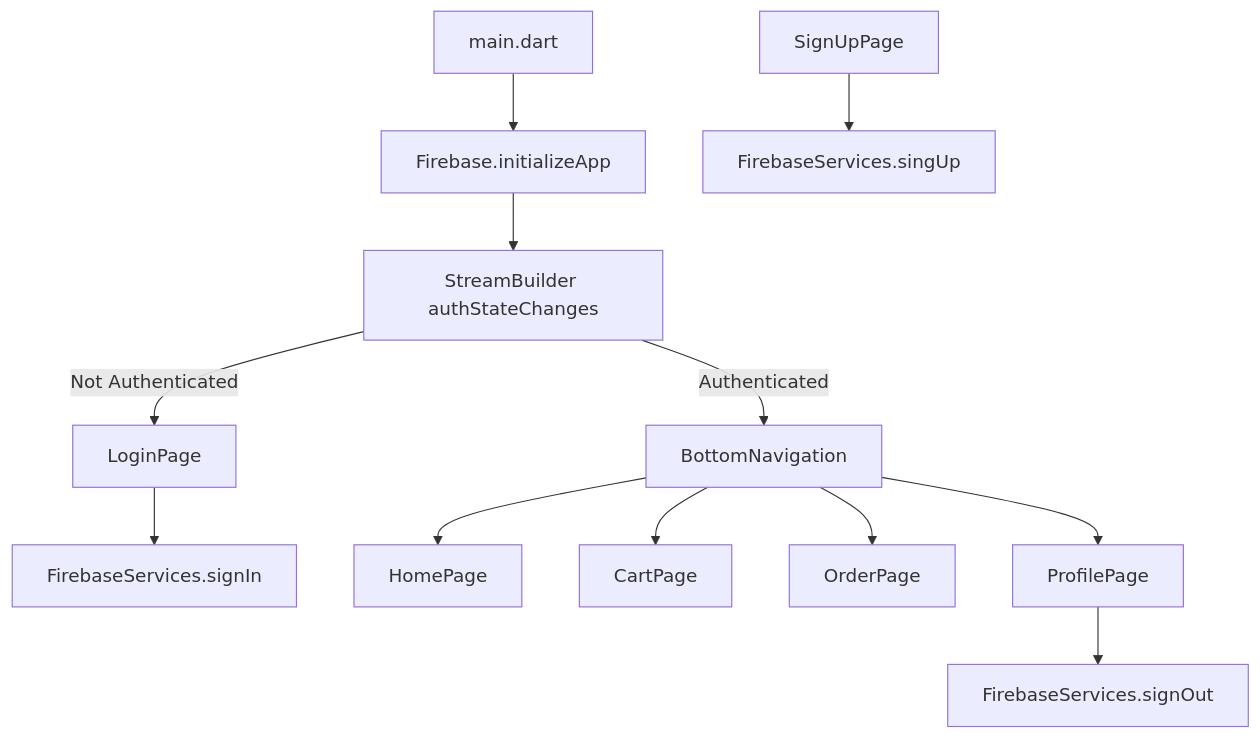
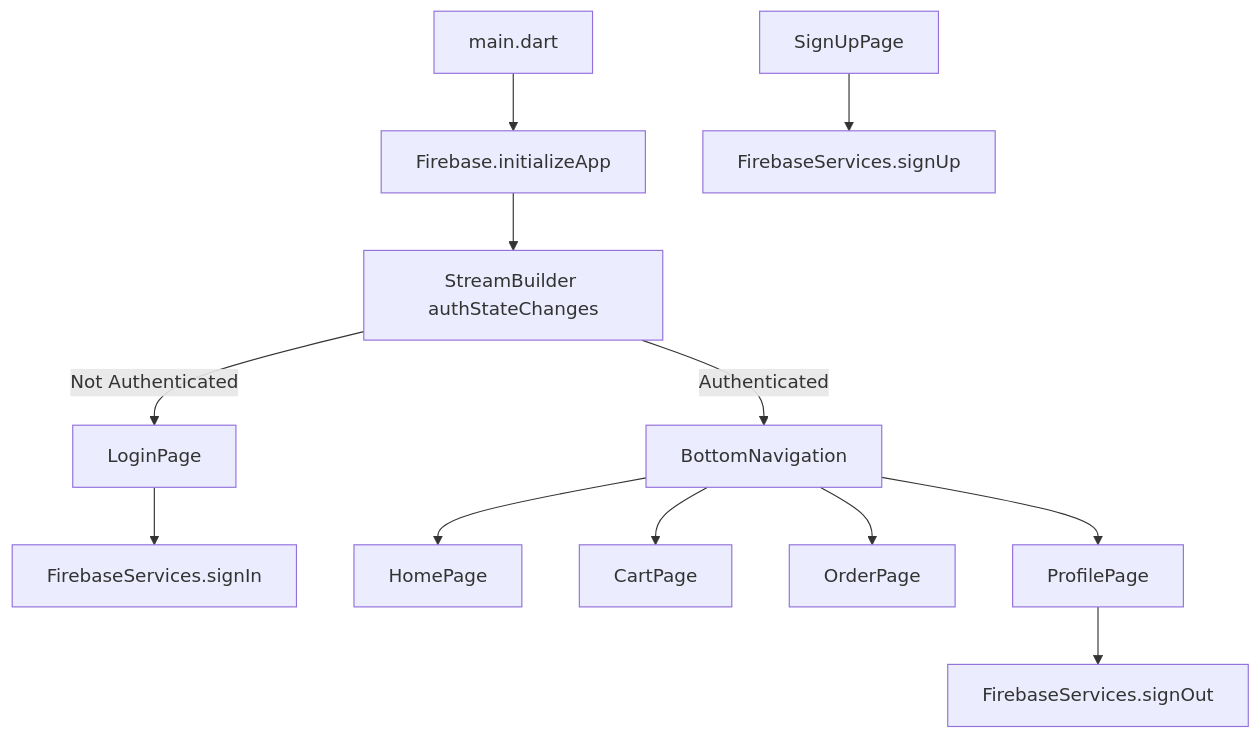
The first of 2 diagrams in README.md (rajanish421/shopping-app), drawn with Mermaid before and after one commit. The commit also changed other lines of this file, not shown here.

Commit message:
Fix signUp spelling in README diagrams and API list
Agent-Logs-Url: https://github.com/rajanish421/shopping-app/sessions/5694b3f7-f304-4d2f-9113-98fe1a138beb

````diff
--- a/README.md
+++ b/README.md
@@ -41,15 +41,15 @@
 ```mermaid
 flowchart TD
     A[main.dart] --> B[Firebase.initializeApp]
     B --> C[StreamBuilder authStateChanges]
     C -->|Authenticated| D[BottomNavigation]
     C -->|Not Authenticated| E[LoginPage]
 
     E --> F[FirebaseServices.signIn]
-    G[SignUpPage] --> H[FirebaseServices.singUp]
+    G[SignUpPage] --> H[FirebaseServices.signUp]
     D --> I[HomePage]
     D --> J[CartPage]
     D --> K[OrderPage]
     D --> L[ProfilePage]
     L --> M[FirebaseServices.signOut]
 ```
````
